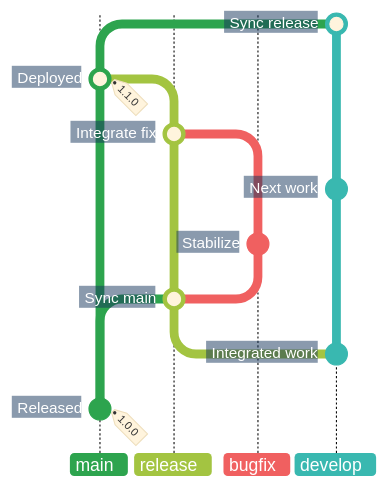
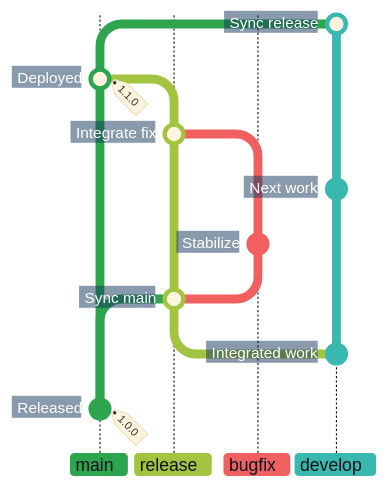
Before and after one commit to superhero/operations.superduper.solutions: the second of 3 diagrams in docs/adr/cicd.md, drawn with Mermaid. The commit also changed other lines of this file, not shown here.

Commit message:
docs: restore dark Git graph branch labels

````diff
--- a/docs/adr/cicd.md
+++ b/docs/adr/cicd.md
@@ -98,28 +98,28 @@
 ```mermaid
 %%{init: {"theme": "base", "themeCSS": ".branchLabel { font-weight: 700; } .branchLabelBkg { clip-path: inset(0 8px 0 0 round 4px) fill-box; } .commit-labels g:last-of-type { visibility: hidden; } .commit-label { font-weight: 700; transform: translateX(-8px); } .commit-label-bkg { opacity: 1; stroke: #17365D; stroke-width: 20px; transform: translateX(-5px); clip-path: polygon(-4px -4px, calc(100% + 4px) -4px, calc(100% + 10px) 50%, calc(100% + 4px) calc(100% + 4px), -4px calc(100% + 4px)) fill-box; }", "gitGraph": {"showCommitLabel": true, "rotateCommitLabel": false}, "themeVariables": {
     "commitLabelFontSize": "14px", "commitLabelColor": "#FFFFFF", "commitLabelBackground": "#17365D",
-    "git0": "#2DA44E", "gitBranchLabel0": "#FFFFFF",
-    "git1": "#A3C441", "gitBranchLabel1": "#FFFFFF",
-    "git2": "#F06060", "gitBranchLabel2": "#FFFFFF",
-    "git3": "#39B8B0", "gitBranchLabel3": "#FFFFFF"
+    "git0": "#2DA44E", "gitBranchLabel0": "#0D1117",
+    "git1": "#A3C441", "gitBranchLabel1": "#0D1117",
+    "git2": "#F06060", "gitBranchLabel2": "#0D1117",
+    "git3": "#39B8B0", "gitBranchLabel3": "#0D1117"
 }}}%%
 gitGraph BT:
     %% In BT order, the initial commit note is the last label group; its tag stays visible.
     branch develop order: 3
     checkout main
     commit id: "Released" tag: "1.0.0"
     checkout develop
     commit id: "Integrated work"
     branch "release" order: 1
     merge main id: "Sync main"
     branch "bugfix" order: 2
     commit id: "Stabilize"
     checkout develop
     commit id: "Next work"
     checkout "release"
     merge "bugfix" id: "Integrate fix"
     checkout main
     merge "release" id: "Deployed" tag: "1.1.0"
     checkout develop
     merge main id: "Sync release"
 ```
````
